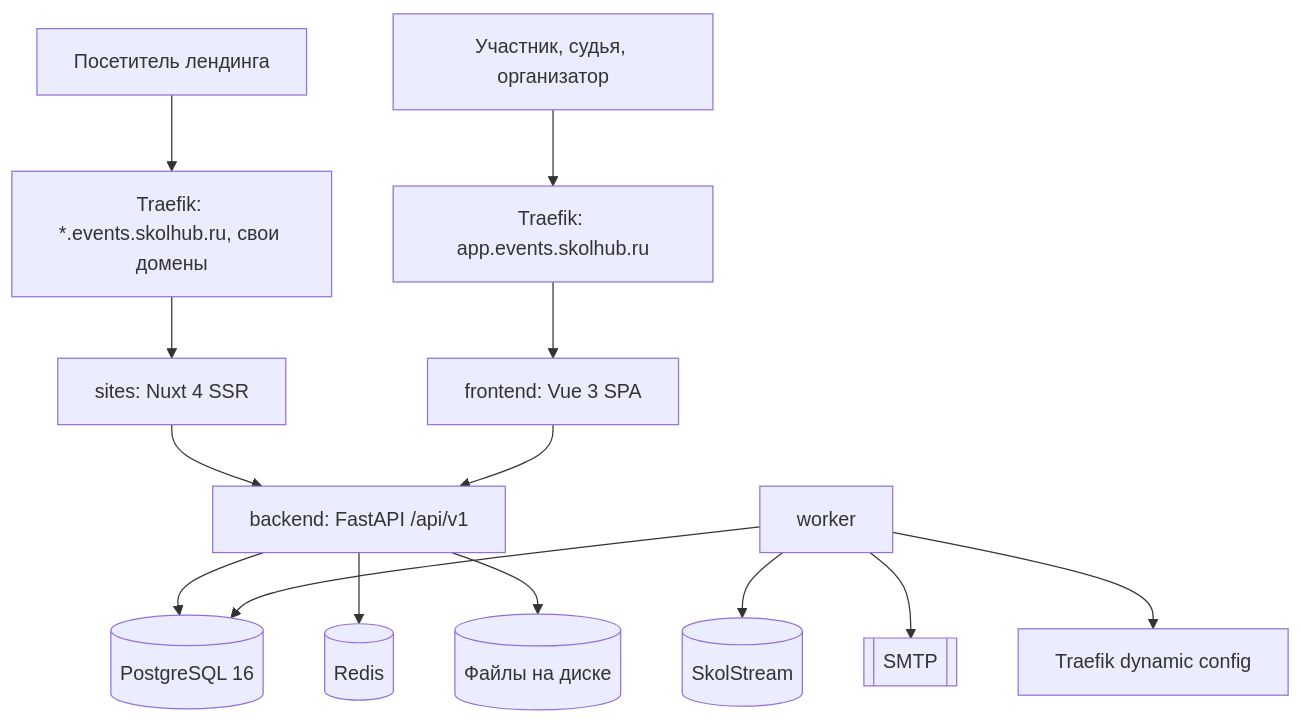
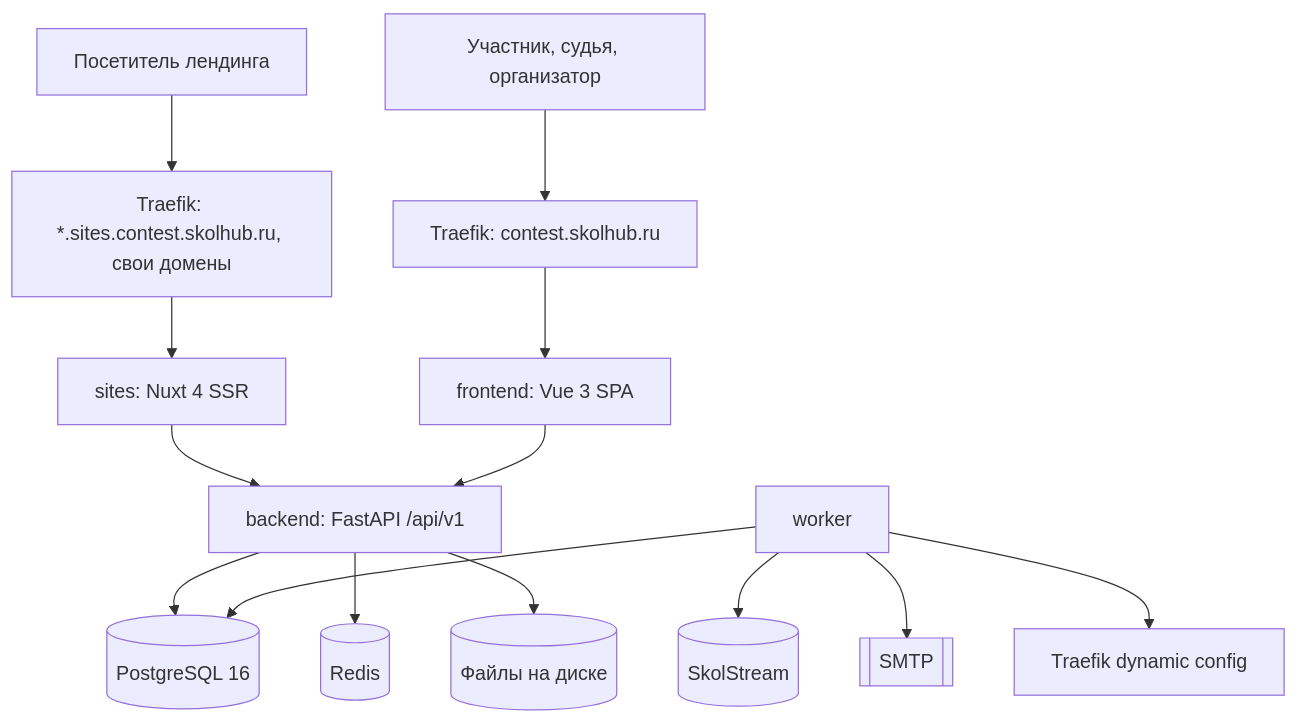
One commit to aleksioprime/sk-contest changed the diagram in docs/architecture.md. Above: the diagram before and after it, drawn with Mermaid. The commit also changed other lines of this file and 61 other files, not shown here.

First line of the commit message:
Переименование SK Events → SK Contest и переезд на contest.skolhub.ru

````diff
--- a/docs/architecture.md
+++ b/docs/architecture.md
@@ -5,16 +5,16 @@
 ```mermaid
 flowchart TB
-  V[Посетитель лендинга] --> T1["Traefik: *.events.skolhub.ru, свои домены"]
-  U[Участник, судья, организатор] --> T2["Traefik: app.events.skolhub.ru"]
+  V[Посетитель лендинга] --> T1["Traefik: *.sites.contest.skolhub.ru, свои домены"]
+  U[Участник, судья, организатор] --> T2["Traefik: contest.skolhub.ru"]
   T1 --> SITES["sites: Nuxt 4 SSR"]
   T2 --> APP["frontend: Vue 3 SPA"]
   SITES --> API["backend: FastAPI /api/v1"]
   APP --> API
   API --> PG[(PostgreSQL 16)]
   API --> RD[(Redis)]
   API --> FS[(Файлы на диске)]
   WK[worker] --> PG
   WK --> SS[(SkolStream)]
   WK --> SMTP[[SMTP]]
   WK --> TR[Traefik dynamic config]
 ```
````
